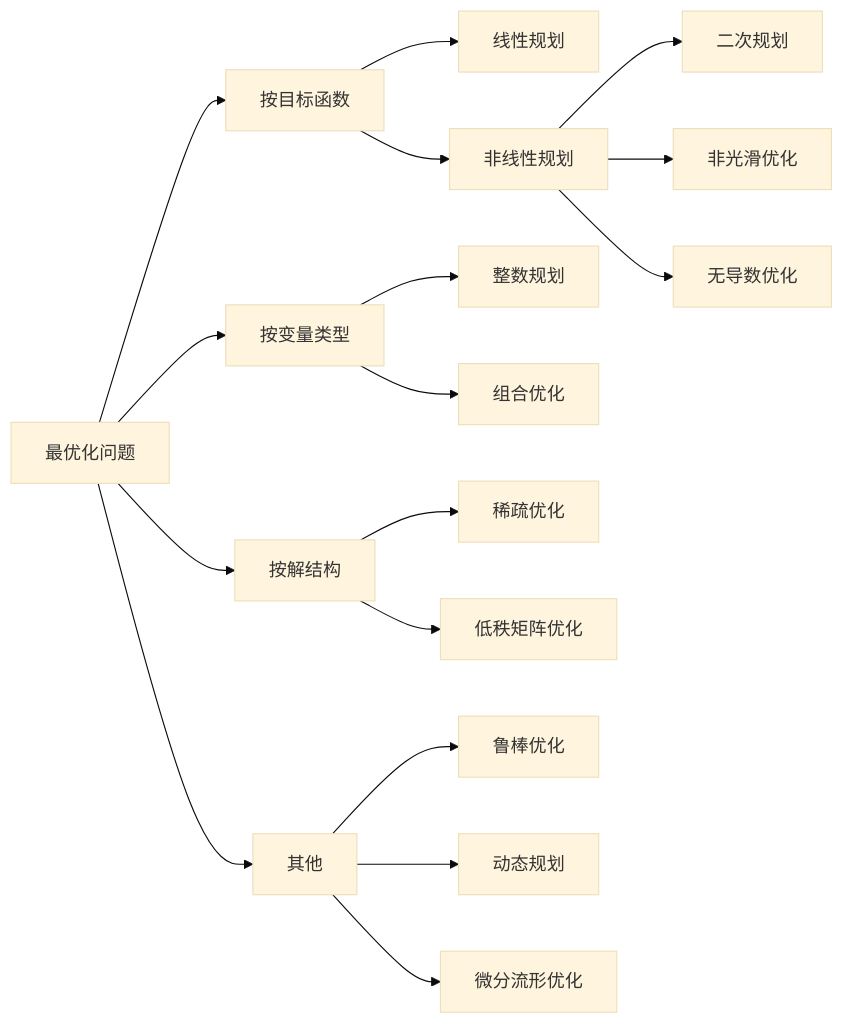
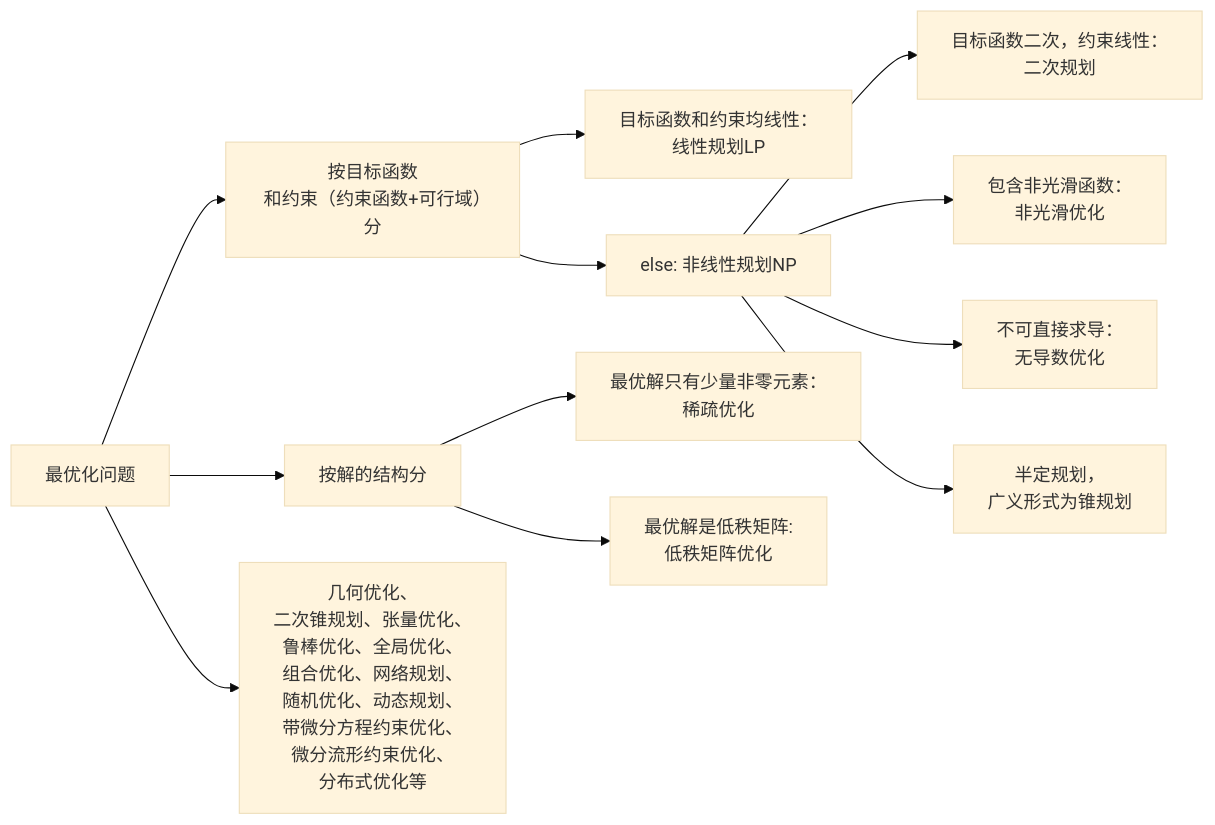
The diagram in Chapter1-Introduction/最优化简介.md (lucienclinton/optimisation), drawn with Mermaid (base theme) before and after one commit. The commit also changed other lines of this file, not shown here.

Commit message:
更新右侧内容目录

````diff
--- a/Chapter1-Introduction/最优化简介.md
+++ b/Chapter1-Introduction/最优化简介.md
@@ -23,20 +36,16 @@
-  ```mermaid
-  graph LR
-      A[最优化问题] --> B[按目标函数]
-      B --> B1[线性规划]
-      B --> B2[非线性规划]
-      B2 --> B21[二次规划]
-      B2 --> B22[非光滑优化]
-      B2 --> B23[无导数优化]
-      A --> C[按变量类型]
-      C --> C1[整数规划]
-      C --> C2[组合优化]
-      A --> D[按解结构]
-      D --> D1[稀疏优化]
-      D --> D2[低秩矩阵优化]
-      A --> E[其他]
-      E --> E1[鲁棒优化]
-      E --> E2[动态规划]
-      E --> E3[微分流形优化]
-  
-  ```
+```mermaid
+graph LR
+    A[最优化问题] --> B[按目标函数<br>和约束（约束函数+可行域）分]
+    B --> B1[目标函数和约束均线性：<br> 线性规划LP]
+    B --> B2[else: 非线性规划NP]
+    B2 --> B21[目标函数二次，约束线性：<br>二次规划]
+    B2 --> B22[包含非光滑函数：<br>非光滑优化]
+    B2 --> B23[不可直接求导：<br>无导数优化]
+    B2 --> B24[半定规划，<br>广义形式为锥规划]
+    A --> D[按解的结构分]
+    D --> D1[最优解只有少量非零元素：<br>稀疏优化]
+    D --> D2[最优解是低秩矩阵:<br>低秩矩阵优化]
+    A --> E[其他]
+    E[几何优化、<br>二次锥规划、张量优化、<br>鲁棒优化、全局优化、<br>组合优化、网络规划、<br>随机优化、动态规划、<br>带微分方程约束优化、<br>微分流形约束优化、<br>分布式优化等]
+
+```
````
